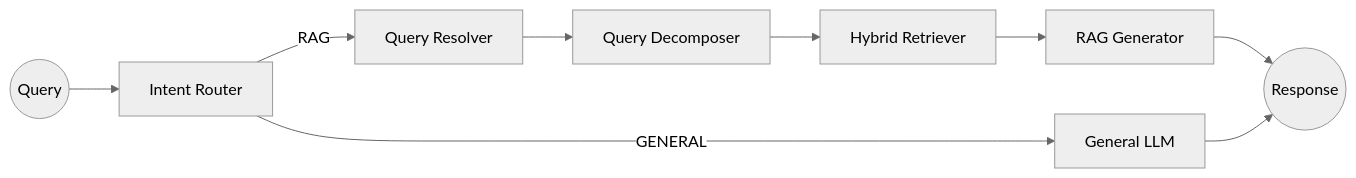
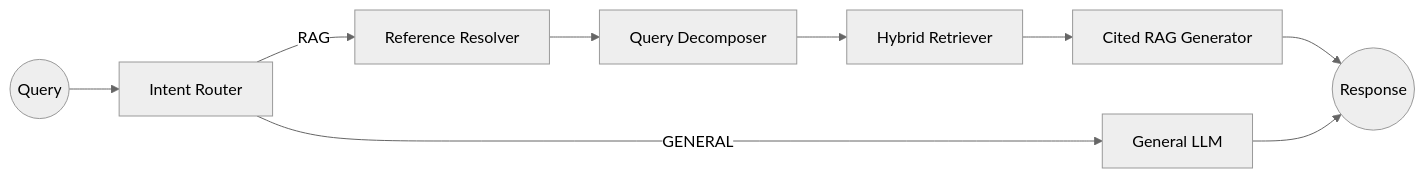
One commit to phuocNg964/advanced-rag changed the first of 2 diagrams in README.md. Above: the diagram before and after it, drawn with Mermaid (neutral theme). The commit also changed other lines of this file and 44 other files, not shown here.

````diff
--- a/README.md
+++ b/README.md
@@ -249,11 +120,11 @@
 ```mermaid
 graph LR
-    Start(("Query")) --> Router["Intent Router"]
-    Router -->|RAG| Resolver["Query Resolver"]
-    Router -->|GENERAL| General["General LLM"]
-    Resolver --> Decomposer["Query Decomposer"]
-    Decomposer --> Retriever["Hybrid Retriever"]
-    Retriever --> Generator["RAG Generator"]
-    Generator --> End(("Response"))
+    Start((Query)) --> Router[Intent Router]
+    Router -->|RAG| Resolver[Reference Resolver]
+    Router -->|GENERAL| General[General LLM]
+    Resolver --> Decomposer[Query Decomposer]
+    Decomposer --> Retriever[Hybrid Retriever]
+    Retriever --> Generator[Cited RAG Generator]
+    Generator --> End((Response))
     General --> End
 ```
````
